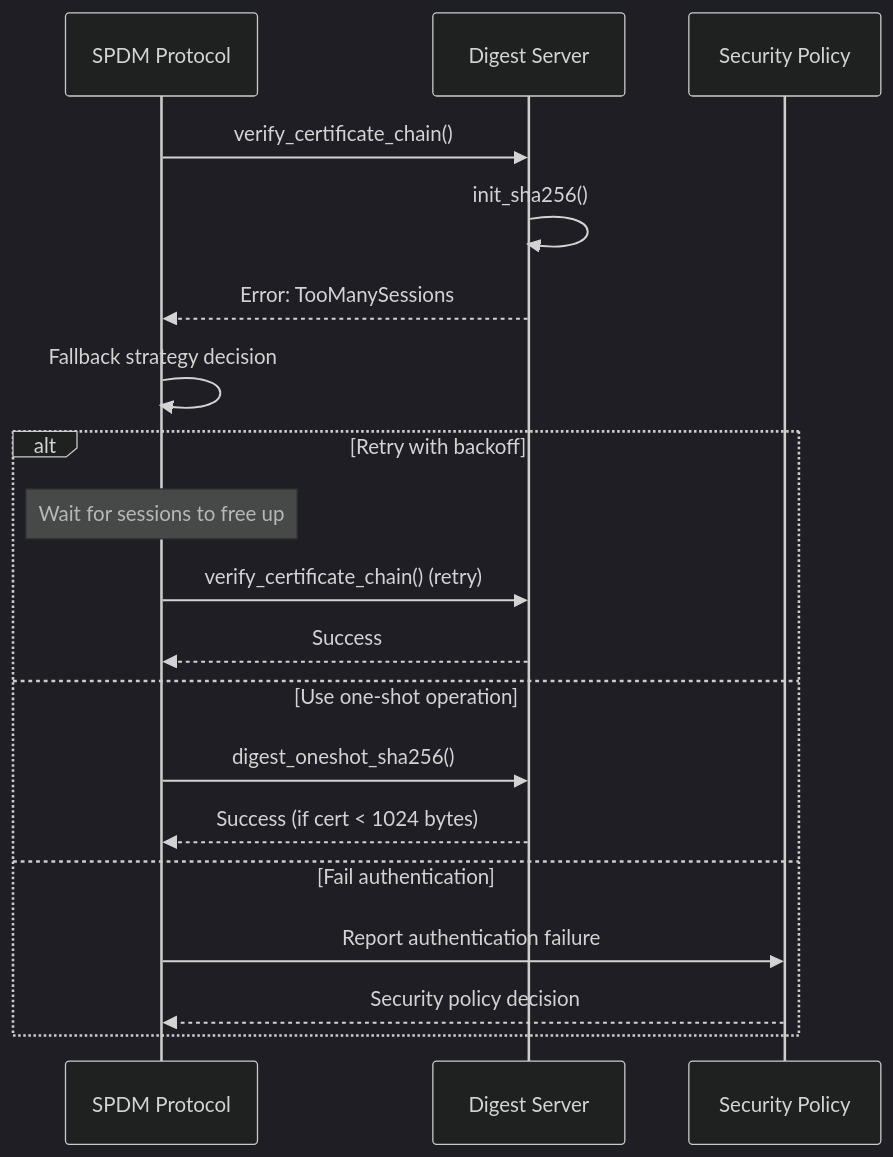
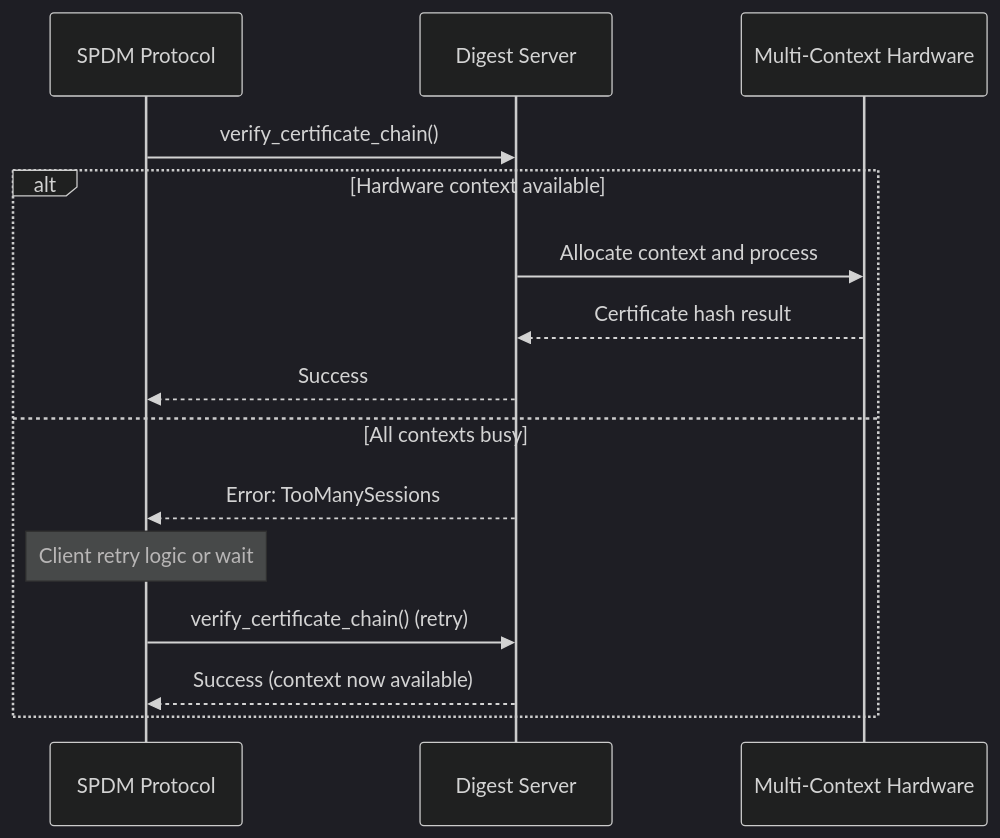
One commit to rusty1968/openprot changed diagram 12 of 17 in docs/src/hash-driver-hubris.md. Above: the diagram before and after it, drawn with Mermaid (dark theme). The commit also changed other lines of this file, not shown here.

````diff
--- a/docs/src/hash-driver-hubris.md
+++ b/docs/src/hash-driver-hubris.md
@@ -365,24 +714,19 @@
 ```mermaid
 sequenceDiagram
     participant SPDM as SPDM Protocol
     participant DS as Digest Server
-    participant POL as Security Policy
+    participant HW as Multi-Context Hardware
 
     SPDM->>DS: verify_certificate_chain()
-    DS->>DS: init_sha256()
-    DS-->>SPDM: Error: TooManySessions
     
-    SPDM->>SPDM: Fallback strategy decision
-    
-    alt Retry with backoff
-        Note over SPDM: Wait for sessions to free up
+    alt Hardware context available
+        DS->>HW: Allocate context and process
+        HW-->>DS: Certificate hash result
+        DS-->>SPDM: Success
+    else All contexts busy
+        DS-->>SPDM: Error: TooManySessions
+        Note over SPDM: Client retry logic or wait
         SPDM->>DS: verify_certificate_chain() (retry)
-        DS-->>SPDM: Success
-    else Use one-shot operation
-        SPDM->>DS: digest_oneshot_sha256()
-        DS-->>SPDM: Success (if cert < 1024 bytes)
-    else Fail authentication
-        SPDM->>POL: Report authentication failure
-        POL-->>SPDM: Security policy decision
+        DS-->>SPDM: Success (context now available)
     end
 ```
````
